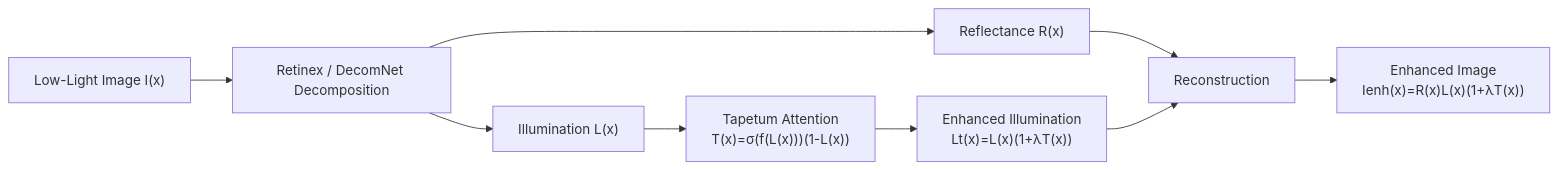
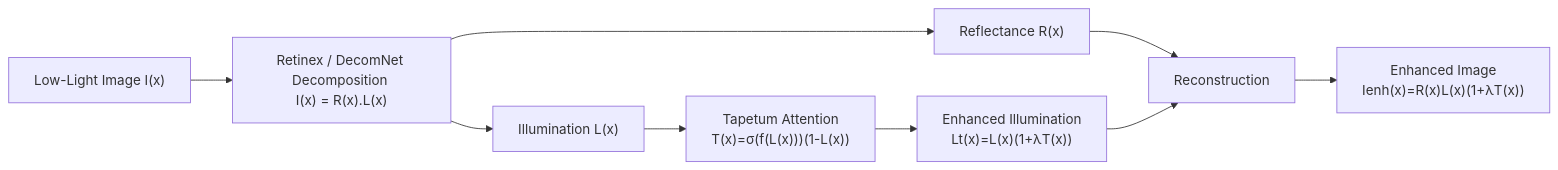
One commit to muratdelen/TAPETUM changed diagram 14 of 20 in README.md. Above: the diagram before and after it, drawn with Mermaid. The commit also changed other lines of this file, not shown here.

````diff
--- a/README.md
+++ b/README.md
@@ -695,19 +695,21 @@
 ```mermaid
 flowchart LR
 
-A["Low-Light Image I(x)"] --> B["Retinex / DecomNet Decomposition"]
+A["Low-Light Image I(x)"] --> B["Retinex / DecomNet Decomposition 
+I(x) = R(x).L(x)"]
+
 B --> C["Reflectance R(x)"]
 B --> D["Illumination L(x)"]
 
 D --> E["Tapetum Attention
 T(x)=σ(f(L(x)))(1-L(x))"]
 
 E --> F["Enhanced Illumination
 Lt(x)=L(x)(1+λT(x))"]
 
 C --> G["Reconstruction"]
 F --> G
 
 G --> H["Enhanced Image
 Ienh(x)=R(x)L(x)(1+λT(x))"]
 ```
````
